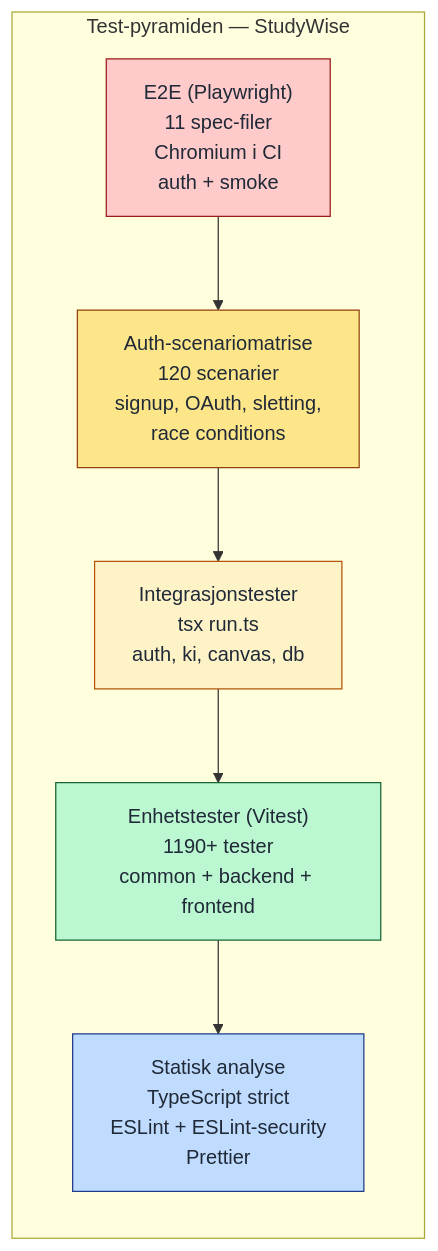
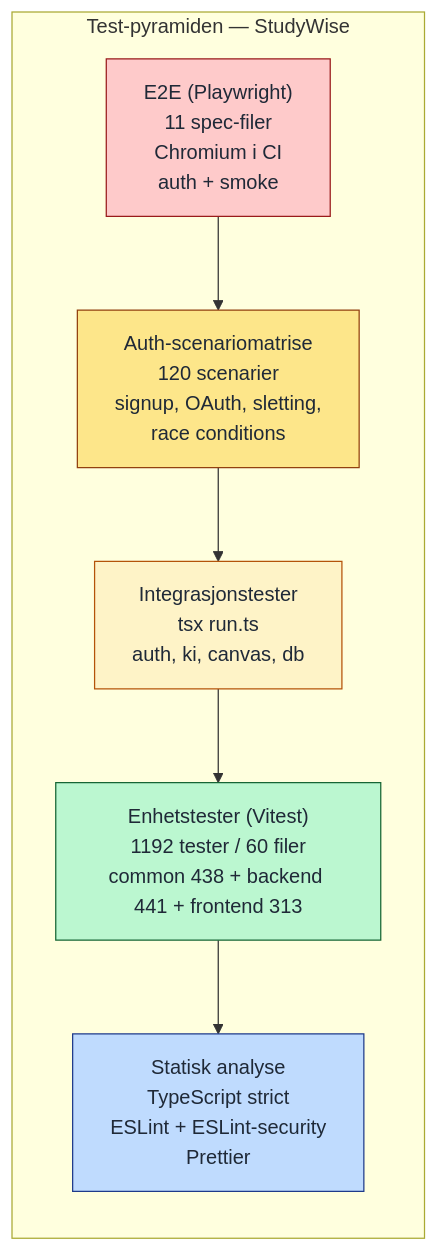
The diagram in filer_prosjekt/diagrammer/19-test-strategi.md (26zl/StudyWise), drawn with Mermaid before and after one commit. The commit also changed other lines of this file and 14 other files, not shown here.

````diff
--- a/filer_prosjekt/diagrammer/19-test-strategi.md
+++ b/filer_prosjekt/diagrammer/19-test-strategi.md
@@ -5,22 +5,22 @@
 ```mermaid
 flowchart TB
     subgraph Pyramide["Test-pyramiden — StudyWise"]
         direction TB
         E2E["E2E (Playwright)<br/>11 spec-filer<br/>Chromium i CI<br/>auth + smoke"]:::e2e
         MATRIX["Auth-scenariomatrise<br/>120 scenarier<br/>signup, OAuth, sletting,<br/>race conditions"]:::matrix
         INT["Integrasjonstester<br/>tsx run.ts<br/>auth, ki, canvas, db"]:::int
-        UNIT["Enhetstester (Vitest)<br/>1190+ tester<br/>common + backend + frontend"]:::unit
+        UNIT["Enhetstester (Vitest)<br/>1192 tester / 60 filer<br/>common 438 + backend 441 + frontend 313"]:::unit
         STATIC["Statisk analyse<br/>TypeScript strict<br/>ESLint + ESLint-security<br/>Prettier"]:::static
 
         E2E --> MATRIX
         MATRIX --> INT
         INT --> UNIT
         UNIT --> STATIC
     end
 
     classDef e2e fill:#fecaca,stroke:#991b1b,color:#1f2937
     classDef matrix fill:#fde68a,stroke:#92400e,color:#1f2937
     classDef int fill:#fef3c7,stroke:#b45309,color:#1f2937
     classDef unit fill:#bbf7d0,stroke:#166534,color:#1f2937
     classDef static fill:#bfdbfe,stroke:#1e3a8a,color:#1f2937
 ```
````
